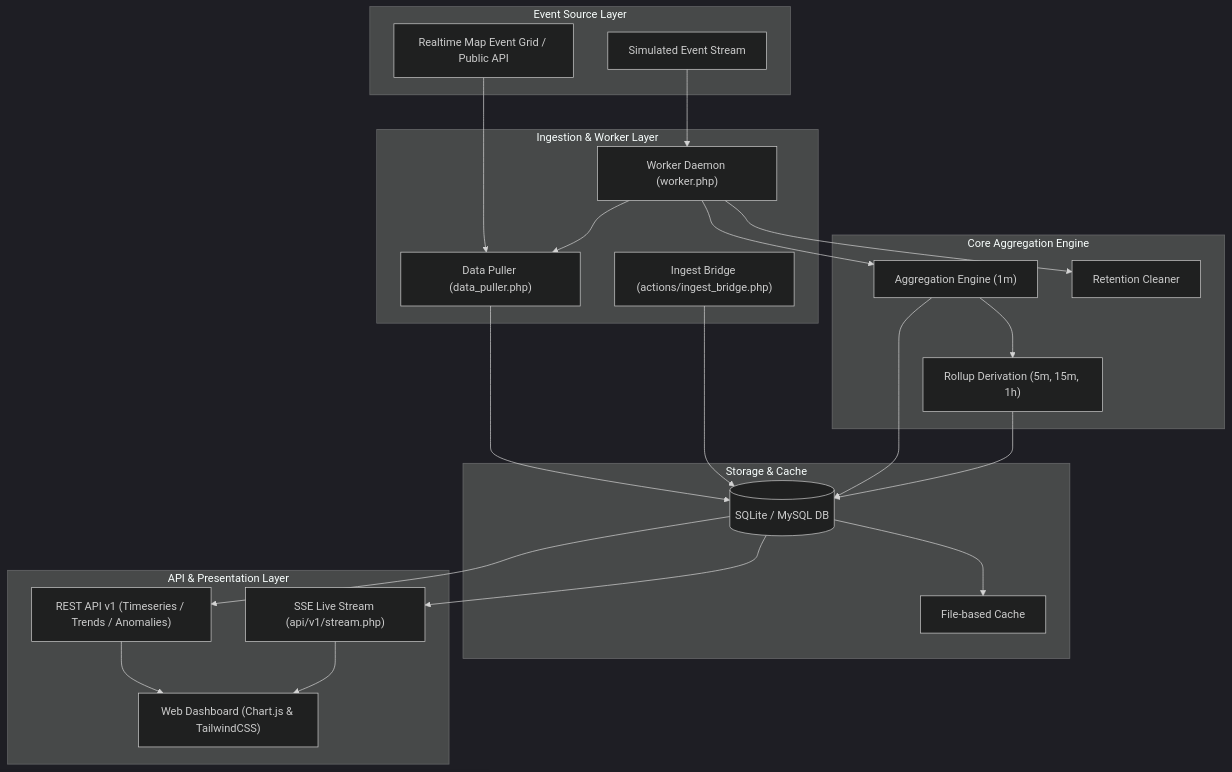
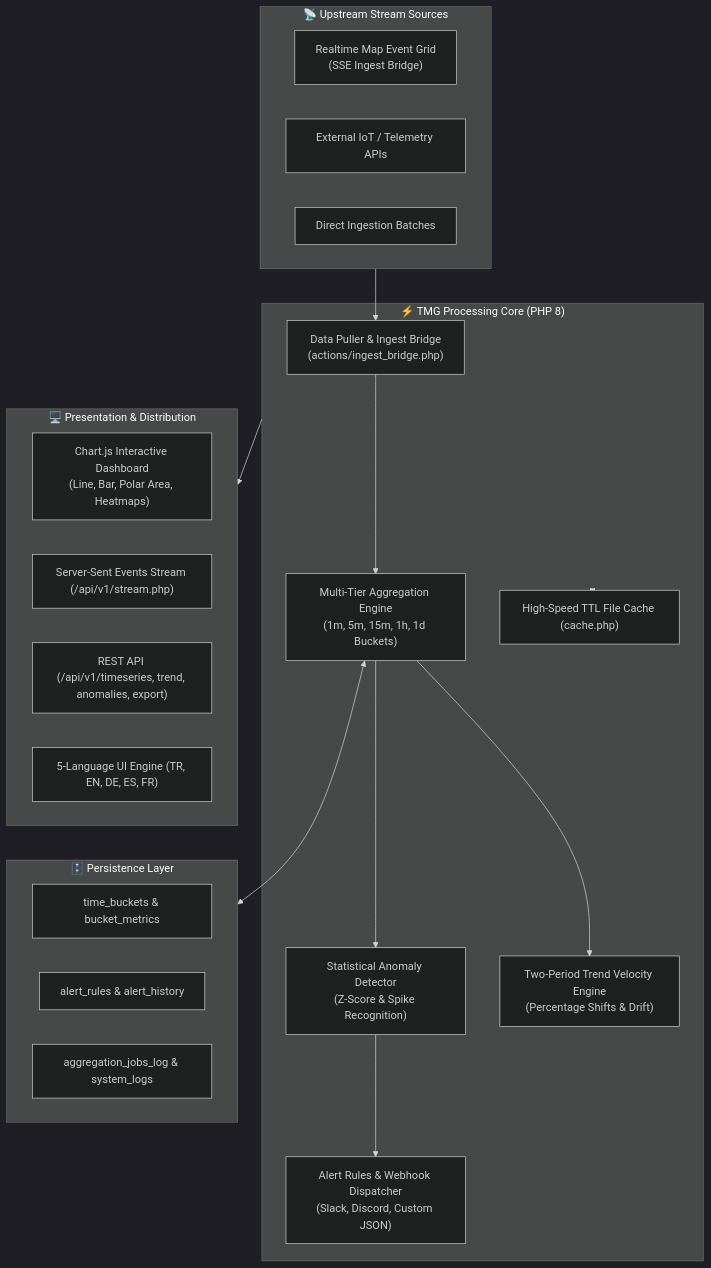
One commit to adacreativeco/temporal-memory-grid changed the diagram in README.md. Above: the diagram before and after it, drawn with Mermaid (dark theme). The commit also changed other lines of this file and 2 other files, not shown here.

````diff
--- a/README.md
+++ b/README.md
@@ -41,46 +33,46 @@
 ```mermaid
-graph TD
-    subgraph "Event Source Layer"
-        RTEG["Realtime Map Event Grid / Public API"]
-        Sim["Simulated Event Stream"]
+flowchart TD
+    subgraph StreamSources["📡 Upstream Stream Sources"]
+        RTEG["Realtime Map Event Grid
+(SSE Ingest Bridge)"]
+        ExternalAPI["External IoT / Telemetry APIs"]
+        DirectEvents["Direct Ingestion Batches"]
     end
 
-    subgraph "Ingestion & Worker Layer"
-        Worker["Worker Daemon (worker.php)"]
-        Puller["Data Puller (data_puller.php)"]
-        Bridge["Ingest Bridge (actions/ingest_bridge.php)"]
+    subgraph CoreEngine["⚡ TMG Processing Core (PHP 8)"]
+        DataPuller["Data Puller & Ingest Bridge
+(actions/ingest_bridge.php)"]
+        AggEngine["Multi-Tier Aggregation Engine
+(1m, 5m, 15m, 1h, 1d Buckets)"]
+        AnomalyEngine["Statistical Anomaly Detector
+(Z-Score & Spike Recognition)"]
+        TrendEngine["Two-Period Trend Velocity Engine
+(Percentage Shifts & Drift)"]
+        AlertEngine["Alert Rules & Webhook Dispatcher
+(Slack, Discord, Custom JSON)"]
+        CacheManager["High-Speed TTL File Cache (cache.php)"]
     end
 
-    subgraph "Core Aggregation Engine"
-        Agg["Aggregation Engine (1m)"]
-        Rollup["Rollup Derivation (5m, 15m, 1h)"]
-        Cleanup["Retention Cleaner"]
+    subgraph StorageLayer["🗄️ Persistence Layer"]
+        TimeBuckets["time_buckets & bucket_metrics"]
+        AlertHistory["alert_rules & alert_history"]
+        Logs["aggregation_jobs_log & system_logs"]
     end
 
-    subgraph "Storage & Cache"
-        DB[("SQLite / MySQL DB")]
-        Cache["File-based Cache"]
+    subgraph PresentationLayer["🖥️ Presentation & Distribution"]
+        ChartUI["Chart.js Interactive Dashboard
+(Line, Bar, Polar Area, Heatmaps)"]
+        LiveSSE["Server-Sent Events Stream (/api/v1/stream.php)"]
+        RESTAPI["REST API (/api/v1/timeseries, trend, anomalies, export)"]
+        I18n["5-Language UI Engine (TR, EN, DE, ES, FR)"]
     end
 
-    subgraph "API & Presentation Layer"
-        API["REST API v1 (Timeseries / Trends / Anomalies)"]
-        SSE["SSE Live Stream (api/v1/stream.php)"]
-        Dashboard["Web Dashboard (Chart.js & TailwindCSS)"]
-    end
-
-    RTEG --> Puller
-    Sim --> Worker
-    Worker --> Puller
-    Puller --> DB
-    Bridge --> DB
-    Worker --> Agg
-    Agg --> Rollup
-    Agg --> DB
-    Rollup --> DB
-    Worker --> Cleanup
-    DB --> Cache
-    DB --> API
-    DB --> SSE
-    API --> Dashboard
-    SSE --> Dashboard
+    StreamSources --> DataPuller
+    DataPuller --> AggEngine
+    AggEngine --> AnomalyEngine
+    AggEngine --> TrendEngine
+    AnomalyEngine --> AlertEngine
+    AggEngine <--> StorageLayer
+    CoreEngine <--> CacheManager
+    CoreEngine --> PresentationLayer
 ```
````
